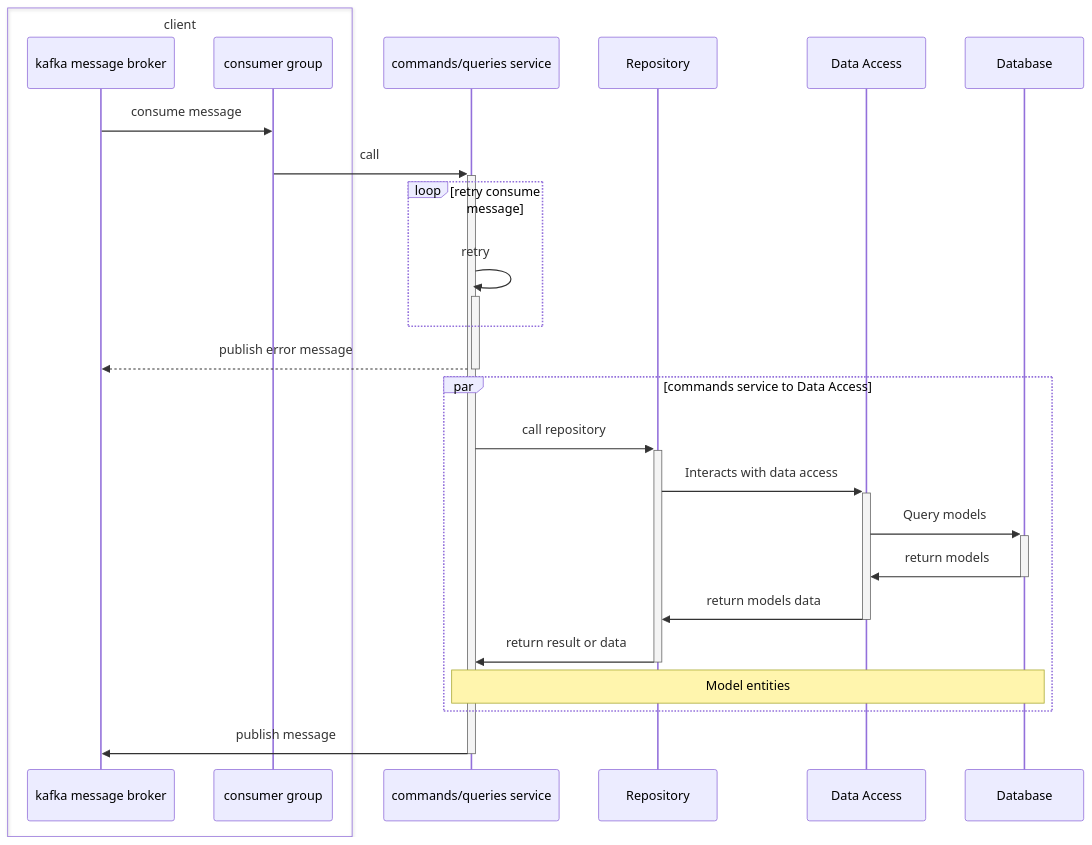
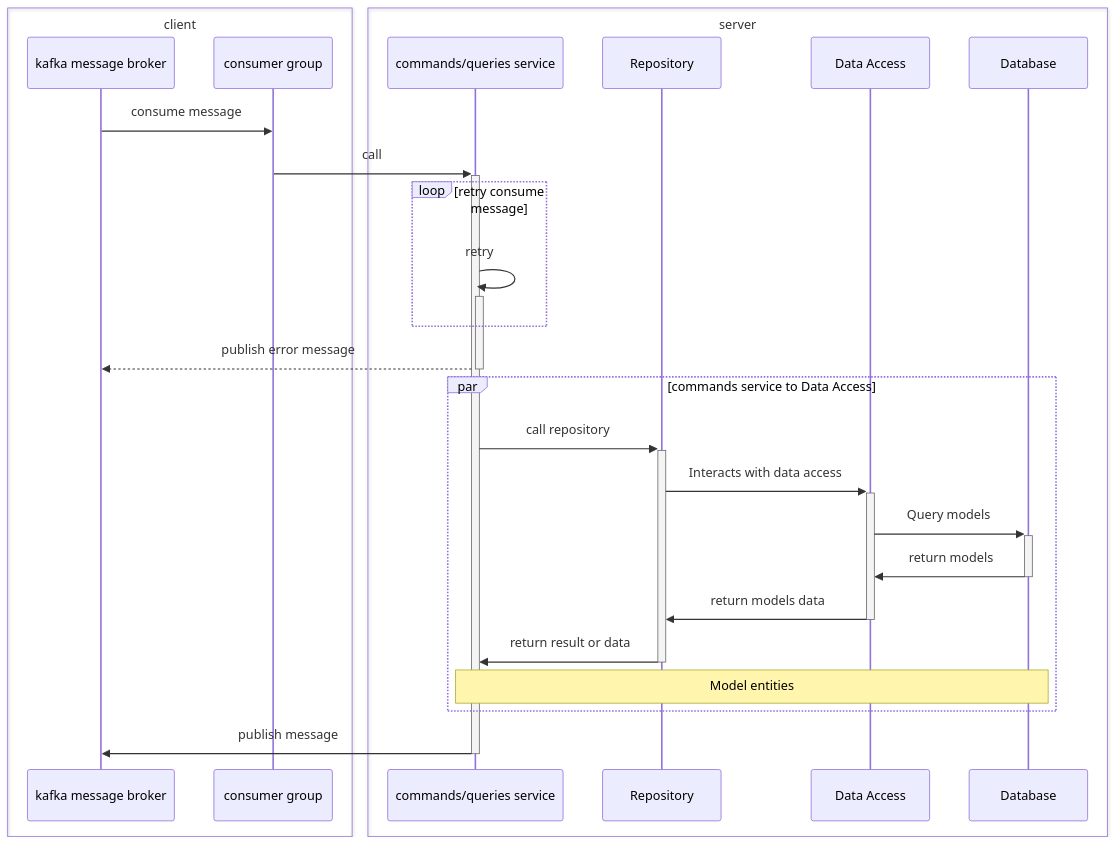
Before and after one commit to MinhWalker/DDD-Go-Microservices-CQRS: the diagram in README.md, drawn with Mermaid.

Commit message:
modify chart

````diff
--- a/README.md
+++ b/README.md
@@ -297,24 +297,30 @@
 ```mermaid
 sequenceDiagram
   box client
     participant kafka message broker
     participant consumer group
+  end
+  box server
+    participant commands/queries service
+    participant Repository
+    participant Data Access
+    participant Database
   end
   kafka message broker->>consumer group: consume message
   consumer group->>+commands/queries service: call
   loop retry consume message
   commands/queries service->>+commands/queries service: retry
   end
   commands/queries service-->>-kafka message broker: publish error message
   par commands service to Data Access
     commands/queries service->>+Repository: call repository
     Repository ->>+ Data Access: Interacts with data access
     Data Access ->>+ Database: Query models
     Database ->>- Data Access: return models
     Data Access ->>- Repository: return models data
     Repository ->>- commands/queries service: return result or data
     Note over commands/queries service,Database: Model entities
     end
   commands/queries service->>-kafka message broker: publish message
 
 ```
````
